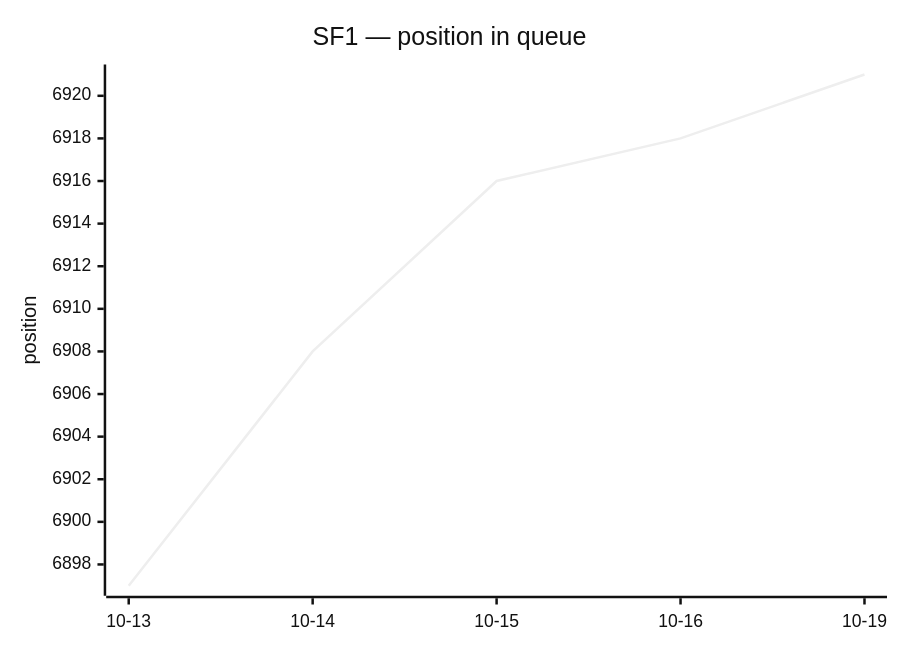
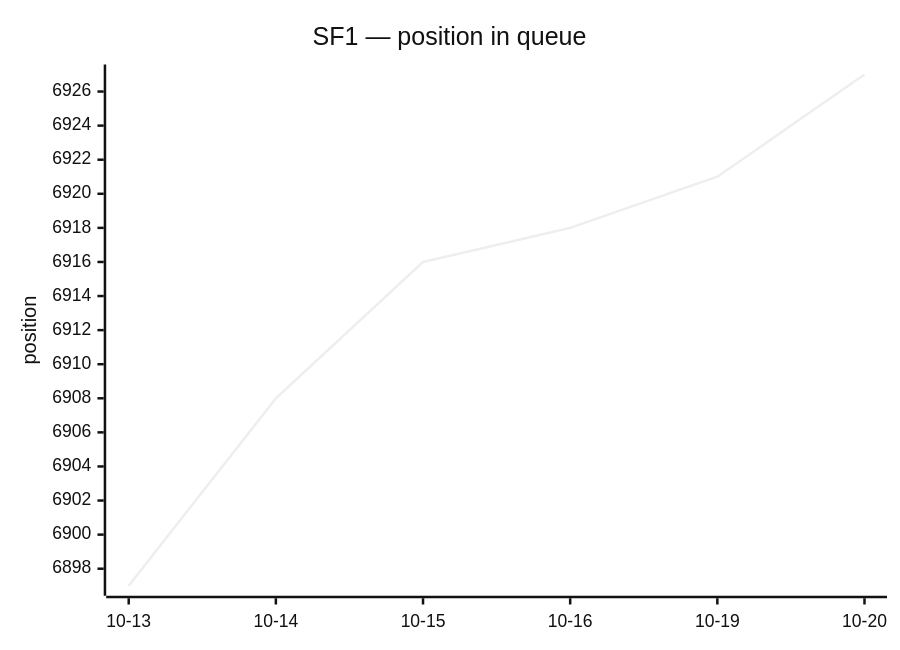
Before and after one commit to thyarles/thyarles: the first of 2 diagrams in queue/README.md, drawn with Mermaid (neutral theme). The commit also changed other lines of this file and 4 other files, not shown here.

````diff
--- a/queue/README.md
+++ b/queue/README.md
@@ -20,7 +20,7 @@
 ```mermaid
 xychart-beta
   title "SF1 — position in queue"
-  x-axis ["10-13", "10-14", "10-15", "10-16", "10-19"]
+  x-axis ["10-13", "10-14", "10-15", "10-16", "10-19", "10-20"]
   y-axis "position"
-  line [6897, 6908, 6916, 6918, 6921]
+  line [6897, 6908, 6916, 6918, 6921, 6927]
 ```
````
